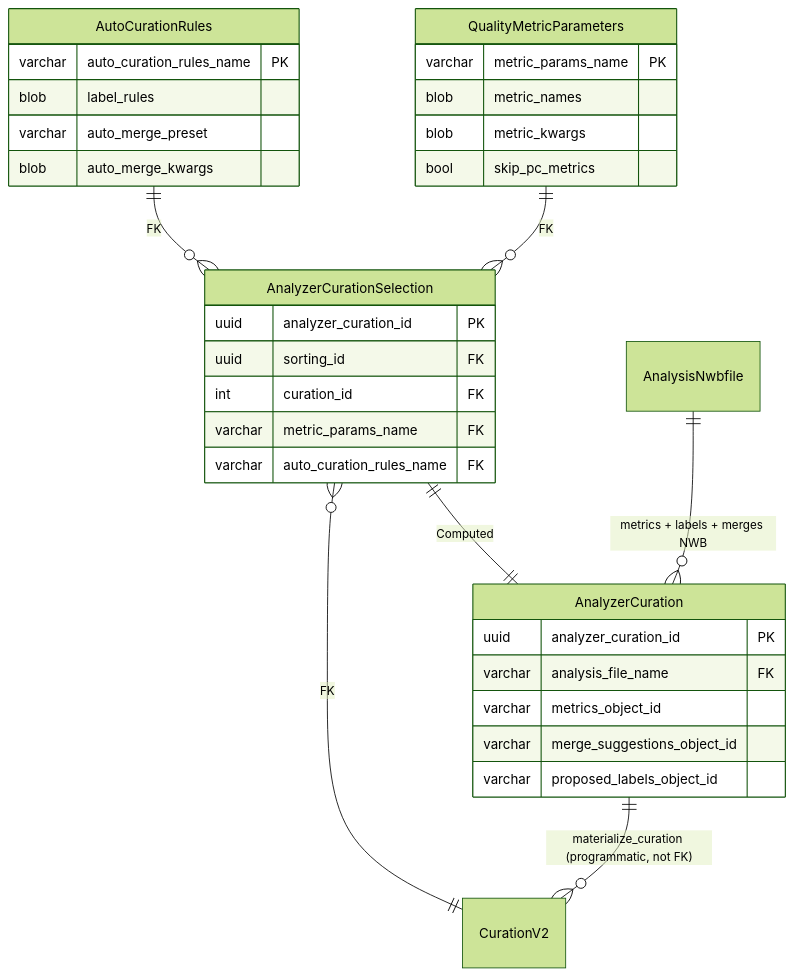
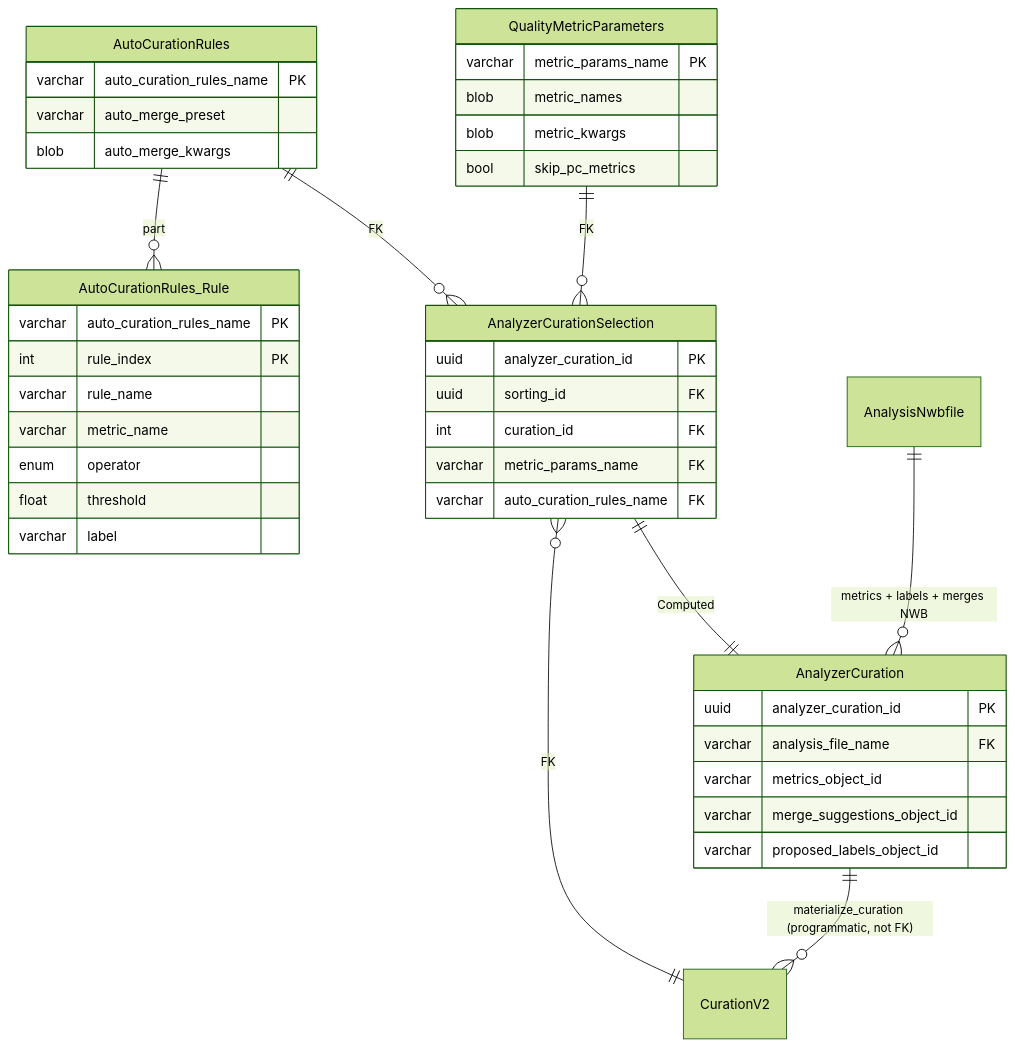
Before and after one commit to LorenFrankLab/spyglass: the first of 3 diagrams in .claude/docs/plans/spikesorting-v2/diagrams/02-phase-2.md, drawn with Mermaid (forest theme). The commit also changed 1 other file, not shown here.

Commit message:
Add AutoCurationRules_Rule entity and doc tweaks
Update ER diagram and docs for phase-2 analyzer curation: add a new AutoCurationRules_Rule table (composite PK: auto_curation_rules_name, rule_index) with fields for rule_name, metric_name, operator, threshold, and label, and link it as a part of AutoCurationRules. Also adjust wording in phase-2-analyzer-curation.md to change example test directives into validation guidance for the three bug invariants (loop completion, per-unit list isolation, and per-rule membership check). No functional code changes.

````diff
--- a/.claude/docs/plans/spikesorting-v2/diagrams/02-phase-2.md
+++ b/.claude/docs/plans/spikesorting-v2/diagrams/02-phase-2.md
@@ -24,44 +24,53 @@
 ```mermaid
 erDiagram
     %% ===== From Phase 1 =====
 
     %% ===== NEW IN PHASE 2 =====
     QualityMetricParameters {
         varchar metric_params_name PK
         blob metric_names
         blob metric_kwargs
         bool skip_pc_metrics
     }
     AutoCurationRules {
         varchar auto_curation_rules_name PK
-        blob label_rules
         varchar auto_merge_preset
         blob auto_merge_kwargs
+    }
+    AutoCurationRules_Rule {
+        varchar auto_curation_rules_name PK
+        int rule_index PK
+        varchar rule_name
+        varchar metric_name
+        enum operator
+        float threshold
+        varchar label
     }
     AnalyzerCurationSelection {
         uuid analyzer_curation_id PK
         uuid sorting_id FK
         int curation_id FK
         varchar metric_params_name FK
         varchar auto_curation_rules_name FK
     }
     AnalyzerCuration {
         uuid analyzer_curation_id PK
         varchar analysis_file_name FK
         varchar metrics_object_id
         varchar merge_suggestions_object_id
         varchar proposed_labels_object_id
     }
 
     CurationV2 ||--o{ AnalyzerCurationSelection : "FK"
     QualityMetricParameters ||--o{ AnalyzerCurationSelection : "FK"
     AutoCurationRules ||--o{ AnalyzerCurationSelection : "FK"
+    AutoCurationRules ||--o{ AutoCurationRules_Rule : "part"
     AnalyzerCurationSelection ||--|| AnalyzerCuration : "Computed"
     AnalysisNwbfile ||--o{ AnalyzerCuration : "metrics + labels + merges NWB"
 
     %% ===== Materialize back into CurationV2 lineage =====
     %% NOTE: This is a programmatic linkage (materialize_curation creates a child
     %% CurationV2 row with parent_curation_id set), NOT a DataJoint FK.
     %% CurationV2.parent_curation_id is a plain int, not a self-referential FK.
     AnalyzerCuration ||--o{ CurationV2 : "materialize_curation (programmatic, not FK)"
 ```
````
